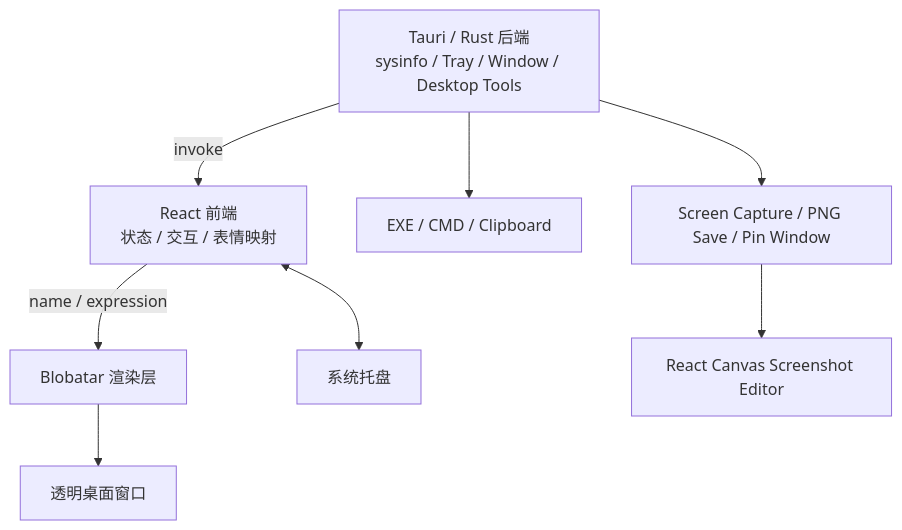
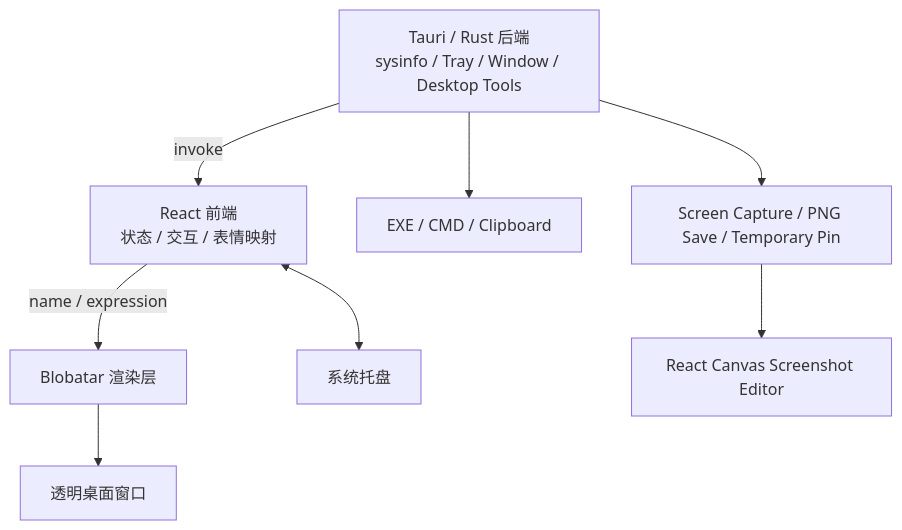
Before and after one commit to qq824045252-ship-it/winpet-blobatar: the diagram in README.md, drawn with Mermaid. The commit also changed other lines of this file, not shown here.

Commit message:
docs: clarify save and pin screenshot behavior

````diff
--- a/README.md
+++ b/README.md
@@ -108,10 +109,10 @@
 ```mermaid
 flowchart TD
   A[Tauri / Rust 后端<br/>sysinfo / Tray / Window / Desktop Tools] -- invoke --> B[React 前端<br/>状态 / 交互 / 表情映射]
   B -- name / expression --> C[Blobatar 渲染层]
   C --> D[透明桌面窗口]
   B <--> E[系统托盘]
   A --> F[EXE / CMD / Clipboard]
-  A --> G[Screen Capture / PNG Save / Pin Window]
+  A --> G[Screen Capture / PNG Save / Temporary Pin]
   G --> H[React Canvas Screenshot Editor]
 ```
````
